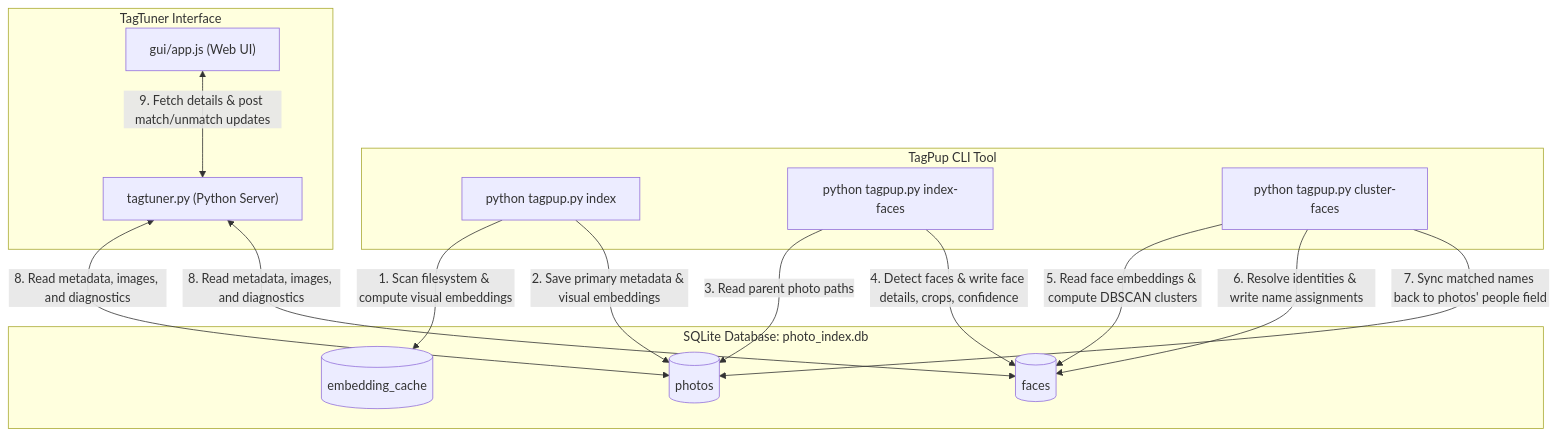
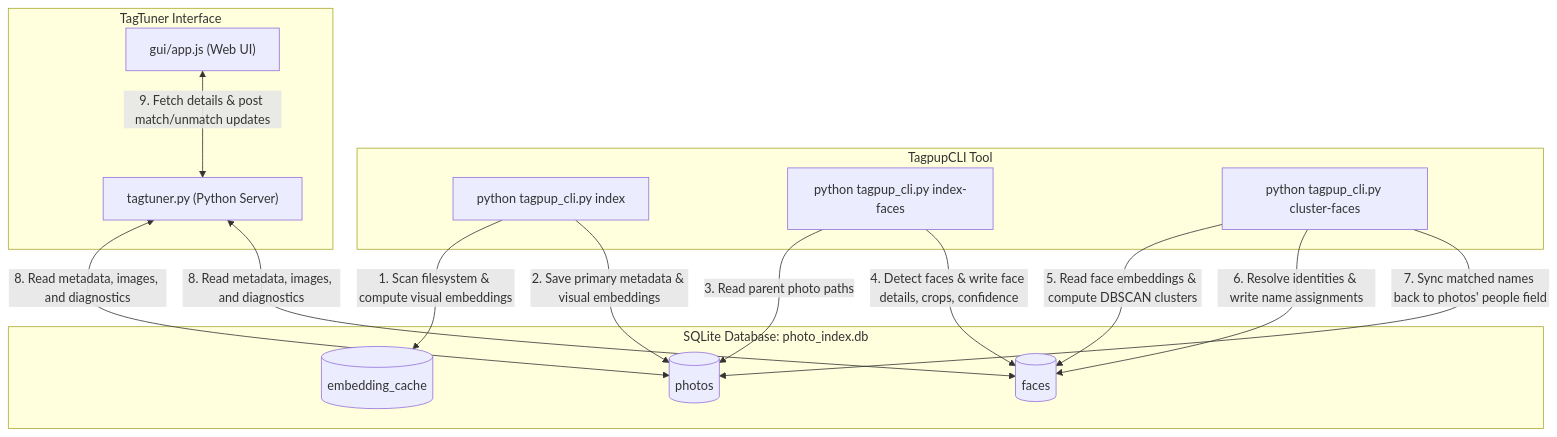
One commit to Wizoi/TagPup changed the second of 2 diagrams in DATABASE.md. Above: the diagram before and after it, drawn with Mermaid. The commit also changed 15 other files, not shown here.

````diff
--- a/DATABASE.md
+++ b/DATABASE.md
@@ -103,36 +103,36 @@
 ```mermaid
 flowchart TD
-    subgraph CLI Commands [TagPup CLI Tool]
-        A["python tagpup.py index"]
-        B["python tagpup.py index-faces"]
-        C["python tagpup.py cluster-faces"]
+    subgraph CLI Commands [TagpupCLI Tool]
+        A["python tagpup_cli.py index"]
+        B["python tagpup_cli.py index-faces"]
+        C["python tagpup_cli.py cluster-faces"]
     end
 
     subgraph Web App [TagTuner Interface]
         D["tagtuner.py (Python Server)"]
         E["gui/app.js (Web UI)"]
     end
 
     subgraph DB [SQLite Database: photo_index.db]
         T1[(photos)]
         T2[(faces)]
         T3[(embedding_cache)]
     end
 
     %% CLI Indexing Interactions
     A -->|1. Scan filesystem & compute visual embeddings| T3
     A -->|2. Save primary metadata & visual embeddings| T1
     
     %% CLI Face Extraction Interactions
     B -->|3. Read parent photo paths| T1
     B -->|4. Detect faces & write face details, crops, confidence| T2
     
     %% CLI Identity Clustering Interactions
     C -->|5. Read face embeddings & compute DBSCAN clusters| T2
     C -->|6. Resolve identities & write name assignments| T2
     C -->|7. Sync matched names back to photos' people field| T1
 
     %% Server & Web UI Interactions
     D <-->|8. Read metadata, images, and diagnostics| T1 & T2
     E <-->|9. Fetch details & post match/unmatch updates| D
 ```
````
